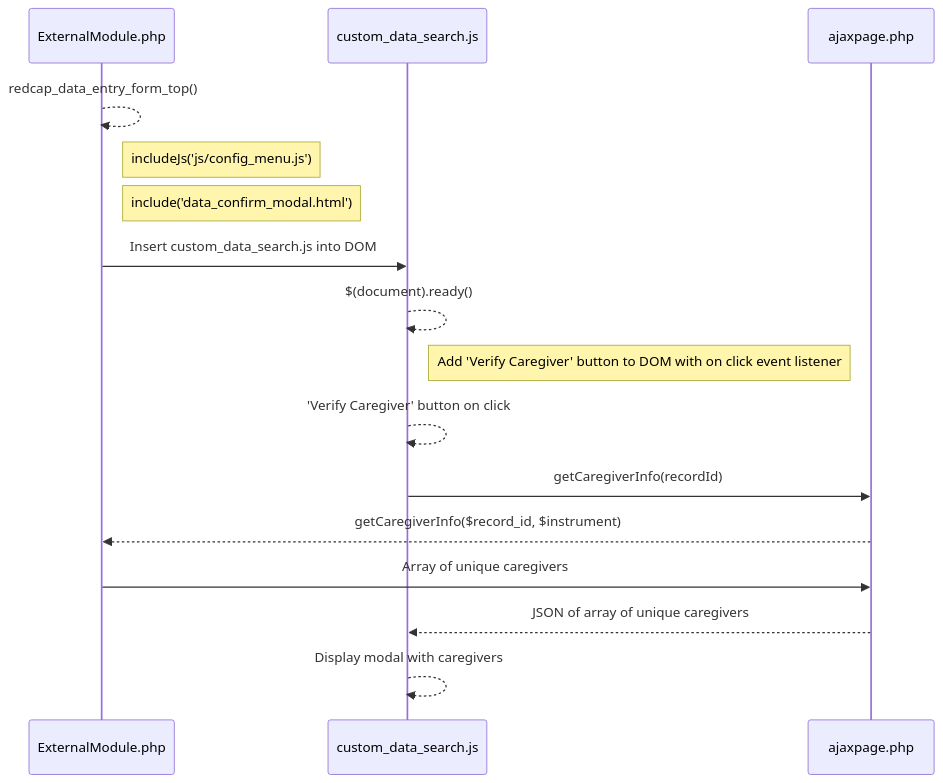
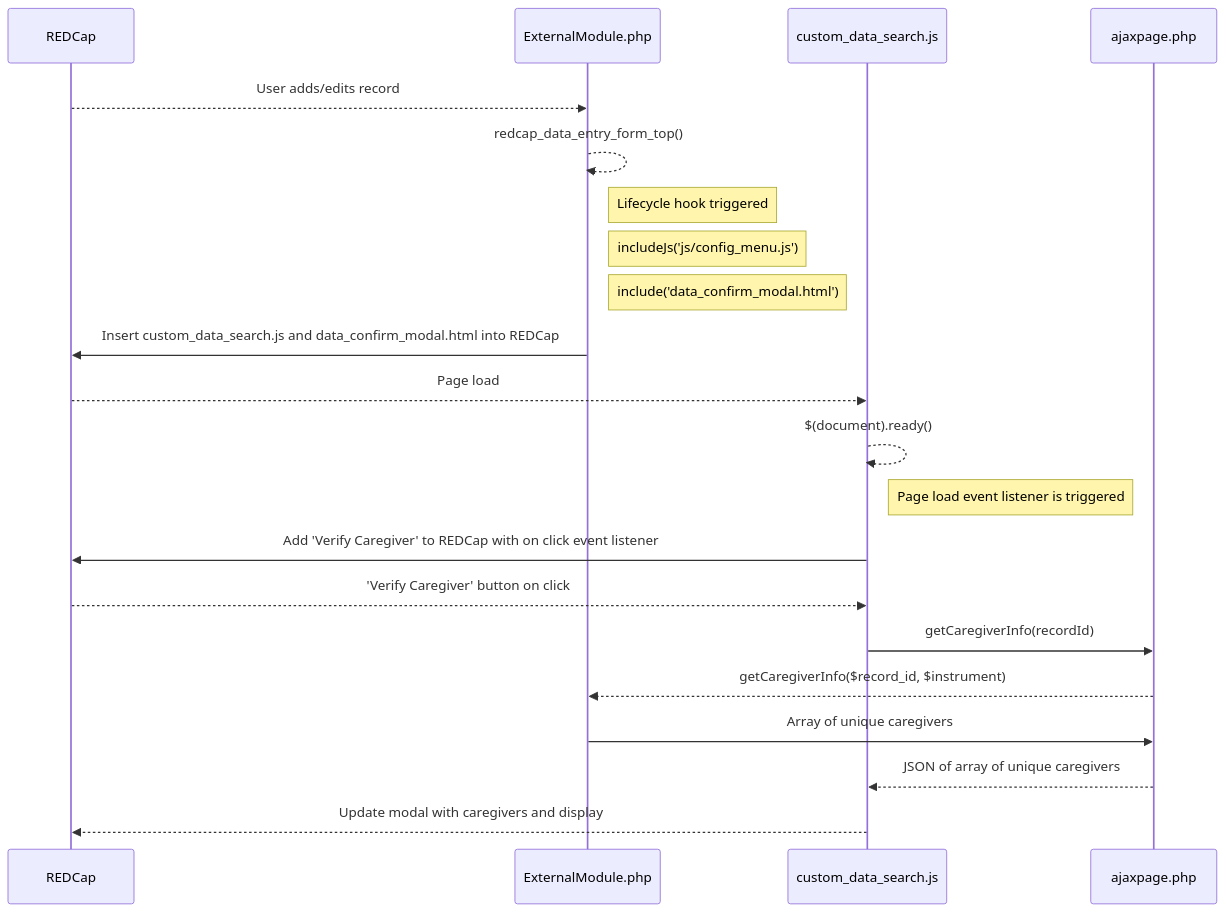
The diagram in README.md (ctsit/cb1_confirm_patient_data), drawn with Mermaid before and after one commit.

Commit message:
Improve sequence diagram

````diff
--- a/README.md
+++ b/README.md
@@ -30,15 +30,19 @@
 ```mermaid
     sequenceDiagram
+    REDCap-->>ExternalModule.php:User adds/edits record
     ExternalModule.php-->>ExternalModule.php:redcap_data_entry_form_top()
+    Note right of ExternalModule.php:Lifecycle hook triggered
     Note right of ExternalModule.php:includeJs('js/config_menu.js')
     Note right of ExternalModule.php:include('data_confirm_modal.html')
-    ExternalModule.php->>custom_data_search.js:Insert custom_data_search.js into DOM
+    ExternalModule.php->>REDCap:Insert custom_data_search.js and data_confirm_modal.html into REDCap
+    REDCap-->>custom_data_search.js:Page load
     custom_data_search.js-->>custom_data_search.js:$(document).ready()
-    Note right of custom_data_search.js:Add 'Verify Caregiver' button to DOM with on click event listener
-    custom_data_search.js-->>custom_data_search.js:'Verify Caregiver' button on click
+    Note right of custom_data_search.js:Page load event listener is triggered
+    custom_data_search.js->>REDCap:Add 'Verify Caregiver' to REDCap with on click event listener
+    REDCap-->>custom_data_search.js:'Verify Caregiver' button on click
     custom_data_search.js->>ajaxpage.php:getCaregiverInfo(recordId)
     ajaxpage.php-->>ExternalModule.php:getCaregiverInfo($record_id, $instrument)
     ExternalModule.php->>ajaxpage.php:Array of unique caregivers
     ajaxpage.php-->>custom_data_search.js:JSON of array of unique caregivers
-    custom_data_search.js-->>custom_data_search.js:Display modal with caregivers
+    custom_data_search.js-->>REDCap:Update modal with caregivers and display
 ```
````
